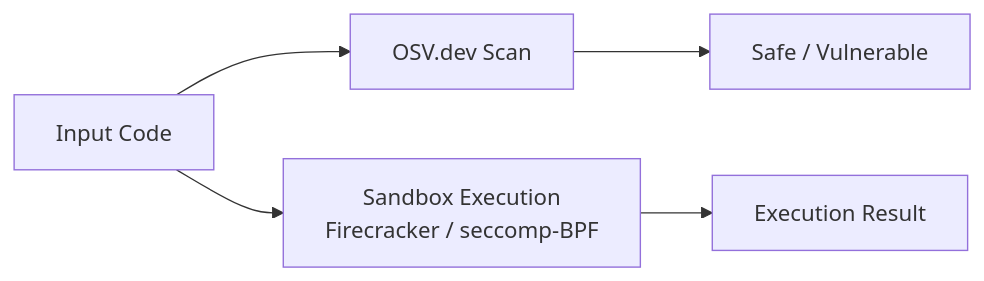
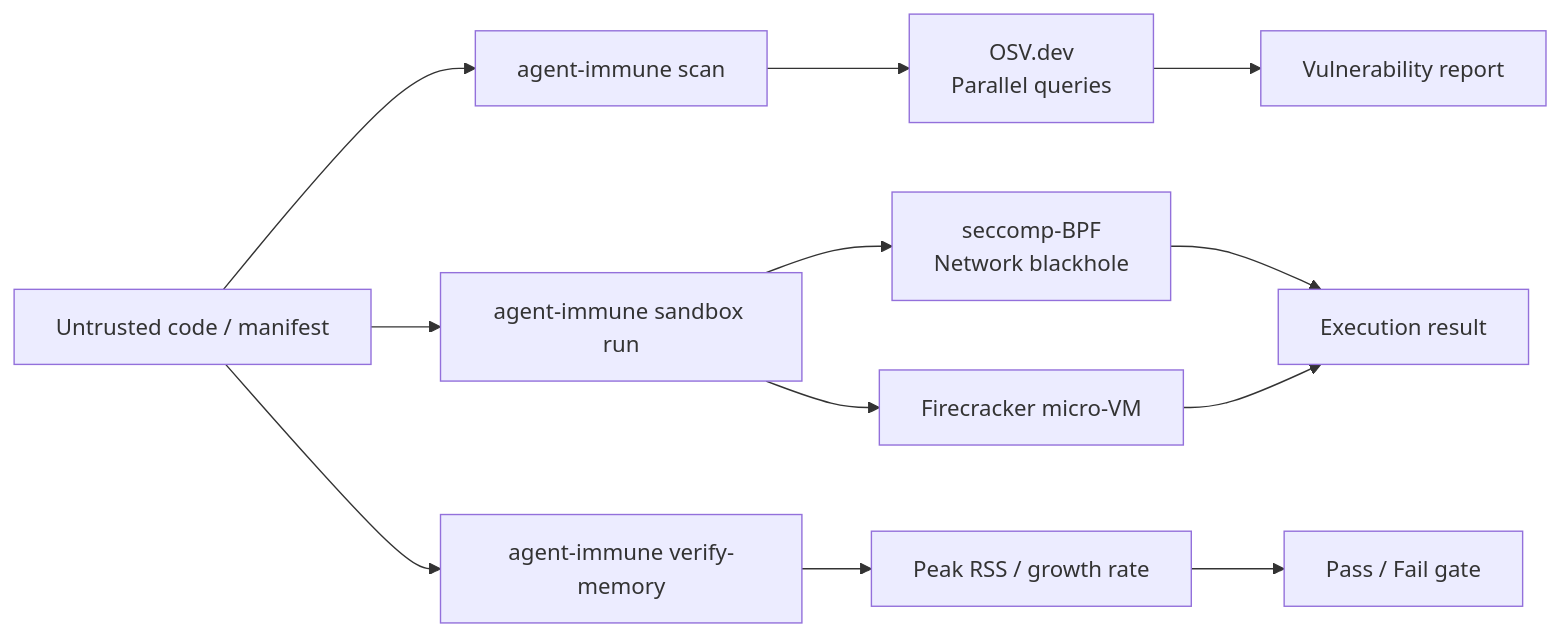
Before and after one commit to autonomic-ai-dev/agent-immune: the diagram in README.md, drawn with Mermaid. The commit also changed other lines of this file and 1 other file, not shown here.

````diff
--- a/README.md
+++ b/README.md
@@ -24,7 +21,17 @@
 ```mermaid
 flowchart LR
-    Code[Input Code] --> Scan[OSV.dev Scan]
-    Code --> Sandbox[Sandbox Execution<br>Firecracker / seccomp-BPF]
-    Scan --> Output[Safe / Vulnerable]
-    Sandbox --> Result[Execution Result]
+    Input["Untrusted code / manifest"] --> Scanner["agent-immune scan"]
+
+    Scanner --> OSV["OSV.dev<br>Parallel queries"]
+    OSV --> Report["Vulnerability report"]
+
+    Input --> Sandbox["agent-immune sandbox run"]
+    Sandbox --> Seccomp["seccomp-BPF<br>Network blackhole"]
+    Sandbox --> FC["Firecracker micro-VM"]
+    Seccomp --> Result["Execution result"]
+    FC --> Result
+
+    Input --> Memory["agent-immune verify-memory"]
+    Memory --> Growth["Peak RSS / growth rate"]
+    Growth --> Pass["Pass / Fail gate"]
 ```
````
